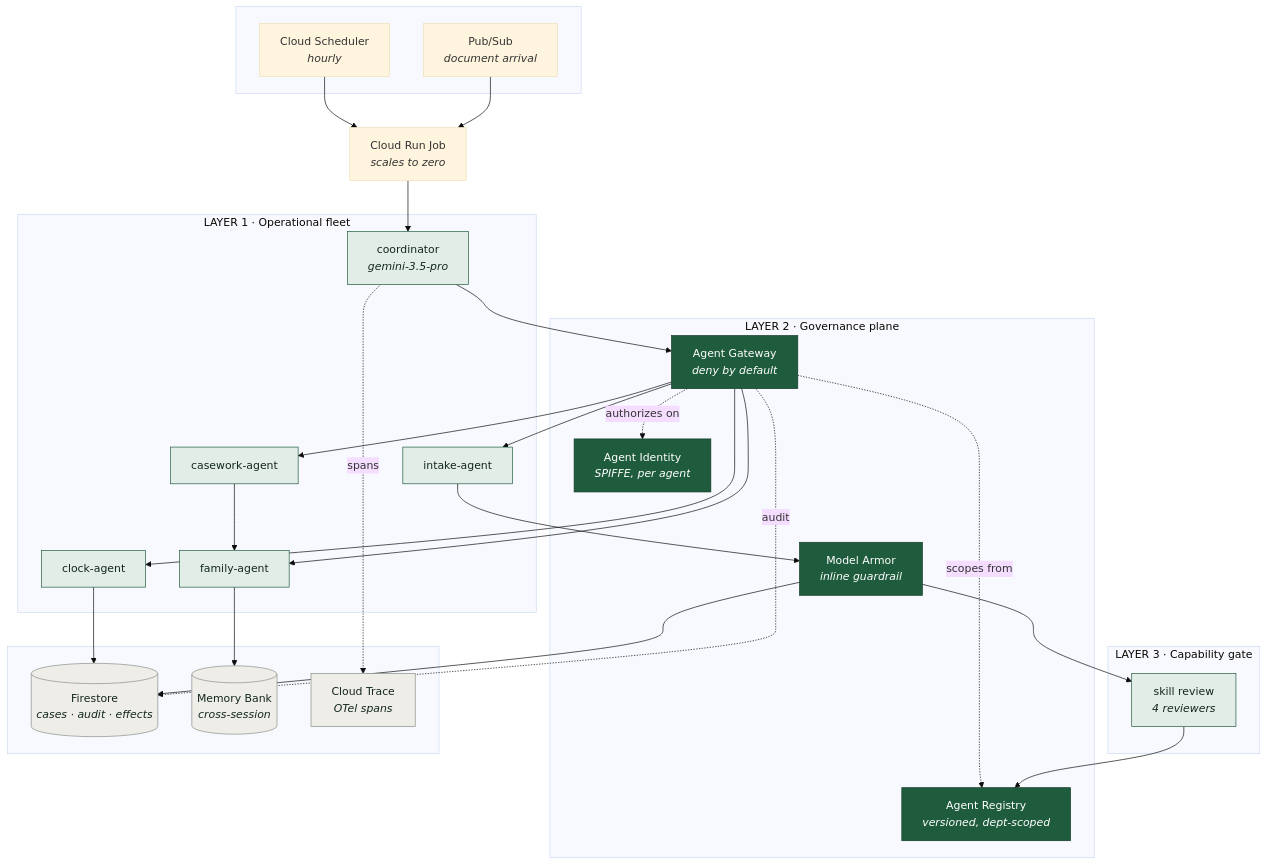
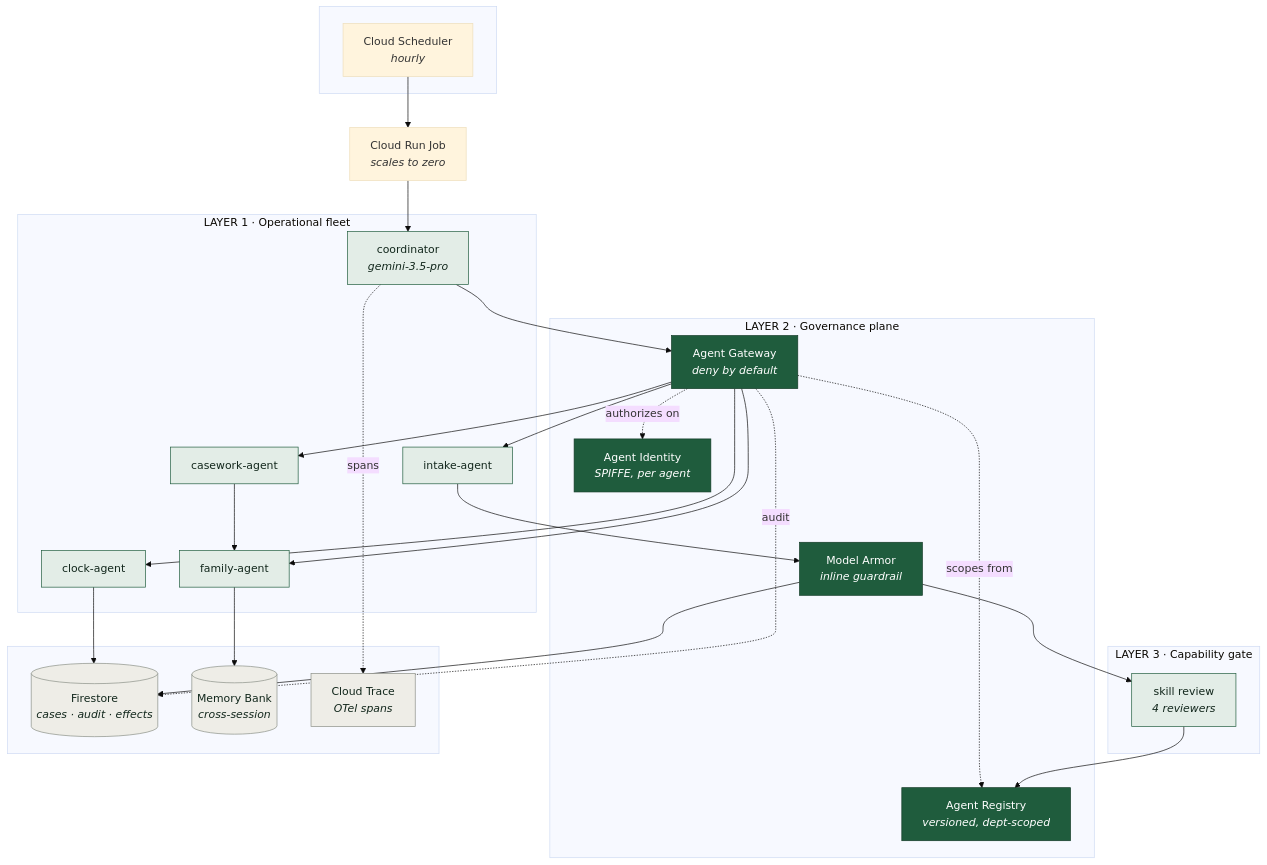
Before and after one commit to Aditya-galaxy/Hopscotch: the first of 5 diagrams in docs/architecture.md, drawn with Mermaid (base theme). The commit also changed other lines of this file and 12 other files, not shown here.

````diff
--- a/docs/architecture.md
+++ b/docs/architecture.md
@@ -16,56 +16,54 @@
 ```mermaid
 flowchart TB
     subgraph trigger[" "]
         SCH["Cloud Scheduler<br/><i>hourly</i>"]
-        PS["Pub/Sub<br/><i>document arrival</i>"]
     end
 
     subgraph L2["LAYER 2 · Governance plane"]
         GW["Agent Gateway<br/><i>deny by default</i>"]
         ID["Agent Identity<br/><i>SPIFFE, per agent</i>"]
         MA["Model Armor<br/><i>inline guardrail</i>"]
         REG["Agent Registry<br/><i>versioned, dept-scoped</i>"]
     end
 
     subgraph L1["LAYER 1 · Operational fleet"]
         CO["coordinator<br/><i>gemini-3.5-pro</i>"]
         IN["intake-agent"]
         CL["clock-agent"]
         CW["casework-agent"]
         FA["family-agent"]
     end
 
     subgraph L3["LAYER 3 · Capability gate"]
         GATE["skill review<br/><i>4 reviewers</i>"]
     end
 
     subgraph state[" "]
         FS[("Firestore<br/><i>cases · audit · effects</i>")]
         MB[("Memory Bank<br/><i>cross-session</i>")]
         CT["Cloud Trace<br/><i>OTel spans</i>"]
     end
 
     SCH --> JOB["Cloud Run Job<br/><i>scales to zero</i>"]
-    PS --> JOB
     JOB --> CO
     CO --> GW
     GW -.authorizes on.-> ID
     GW -.scopes from.-> REG
     GW --> IN & CL & CW & FA
     IN --> MA
     MA --> FS
     CL --> FS
     CW --> FA
     FA --> MB
     GATE --> REG
     MA --> GATE
     CO -.spans.-> CT
     GW -.audit.-> FS
 
     classDef gov fill:#1F5C3D,stroke:#123a26,color:#fff
     classDef fleet fill:#E3EDE7,stroke:#1F5C3D,color:#12271c
     classDef store fill:#EEEDE7,stroke:#8a8f86,color:#12271c
     class GW,ID,MA,REG gov
     class CO,IN,CL,CW,FA,GATE fleet
     class FS,MB,CT store
 ```
````
